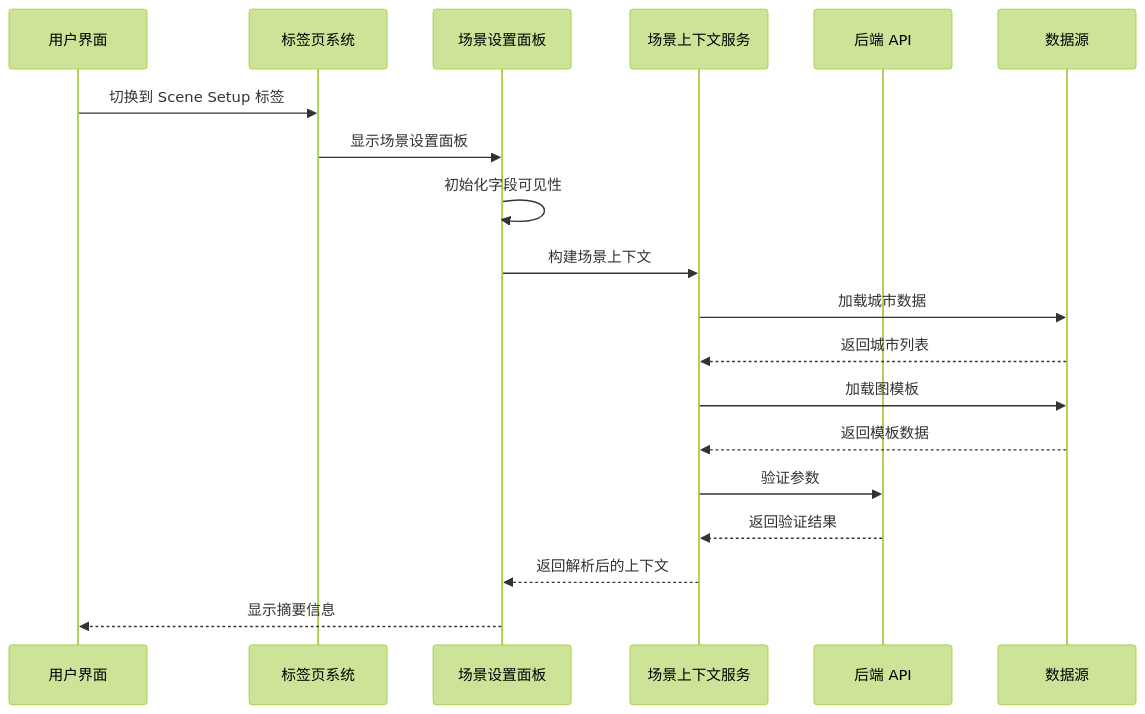
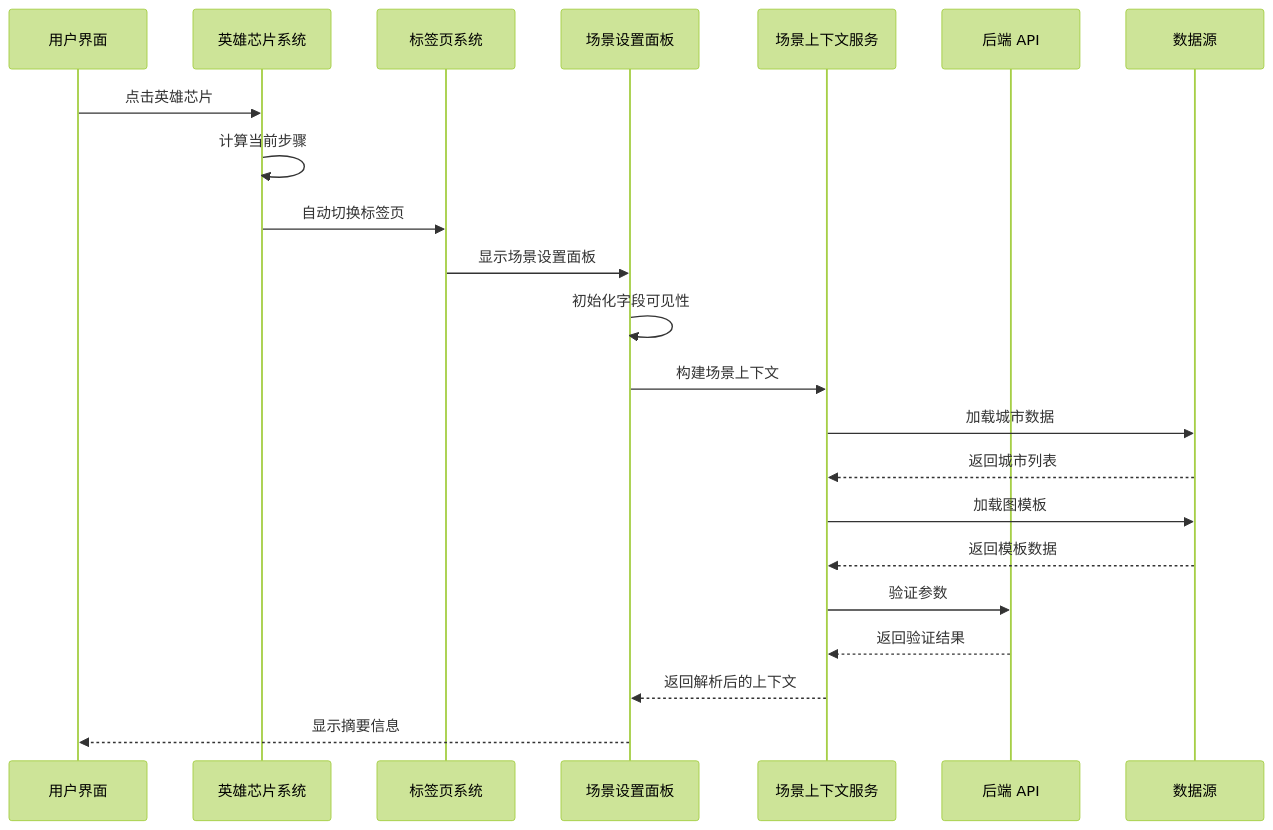
One commit to wsqstar/RoadGen3D changed the sixth of 19 diagrams in .qoder/repowiki/zh/content/Web界面系统/工作台界面/场景设置面板.md. Above: the diagram before and after it, drawn with Mermaid (forest theme). The commit also changed other lines of this file and 13 other files, not shown here.

First line of the commit message:
feat(workbench): add hero chip step indicator and enhance tab system

````diff
--- a/.qoder/repowiki/zh/content/Web界面系统/工作台界面/场景设置面板.md
+++ b/.qoder/repowiki/zh/content/Web界面系统/工作台界面/场景设置面板.md
@@ -192,21 +266,24 @@
 ```mermaid
 sequenceDiagram
 participant User as 用户界面
+participant HeroSteps as 英雄芯片系统
 participant TabSystem as 标签页系统
 participant Panel as 场景设置面板
 participant Service as 场景上下文服务
 participant API as 后端 API
 participant Data as 数据源
-User->>TabSystem : 切换到 Scene Setup 标签
+User->>HeroSteps : 点击英雄芯片
+HeroSteps->>HeroSteps : 计算当前步骤
+HeroSteps->>TabSystem : 自动切换标签页
 TabSystem->>Panel : 显示场景设置面板
 Panel->>Panel : 初始化字段可见性
 Panel->>Service : 构建场景上下文
 Service->>Data : 加载城市数据
 Data-->>Service : 返回城市列表
 Service->>Data : 加载图模板
 Data-->>Service : 返回模板数据
 Service->>API : 验证参数
 API-->>Service : 返回验证结果
 Service-->>Panel : 返回解析后的上下文
 Panel-->>User : 显示摘要信息
 ```
````
